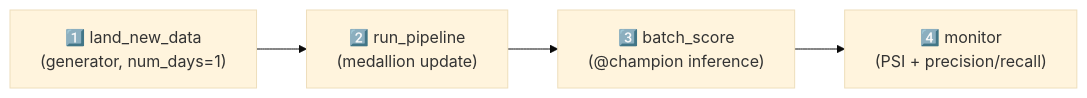
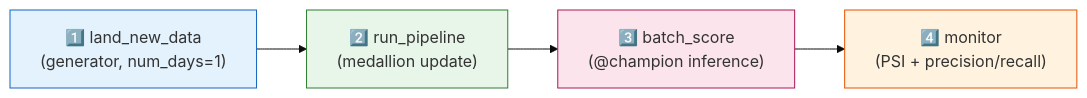
One commit to gauravs19/databricks-fraud-lakehouse changed diagram 17 of 18 in docs/CONCEPTS.md. Above: the diagram before and after it, drawn with Mermaid (base theme). The commit also changed other lines of this file, not shown here.

Commit message:
docs: CONCEPTS Part 0 — foundations, history, star schemas, ecosystem map, roles; colored callouts + diagram styling

````diff
--- a/docs/CONCEPTS.md
+++ b/docs/CONCEPTS.md
@@ -781,6 +1258,10 @@
 ```mermaid
 flowchart LR
     A["1️⃣ land_new_data<br/>(generator, num_days=1)"] --> B["2️⃣ run_pipeline<br/>(medallion update)"]
     B --> C["3️⃣ batch_score<br/>(@champion inference)"]
     C --> D["4️⃣ monitor<br/>(PSI + precision/recall)"]
+    style A fill:#e3f2fd,stroke:#1565c0
+    style B fill:#e8f5e9,stroke:#2e7d32
+    style C fill:#fce4ec,stroke:#ad1457
+    style D fill:#fff3e0,stroke:#e65100
 ```
````
